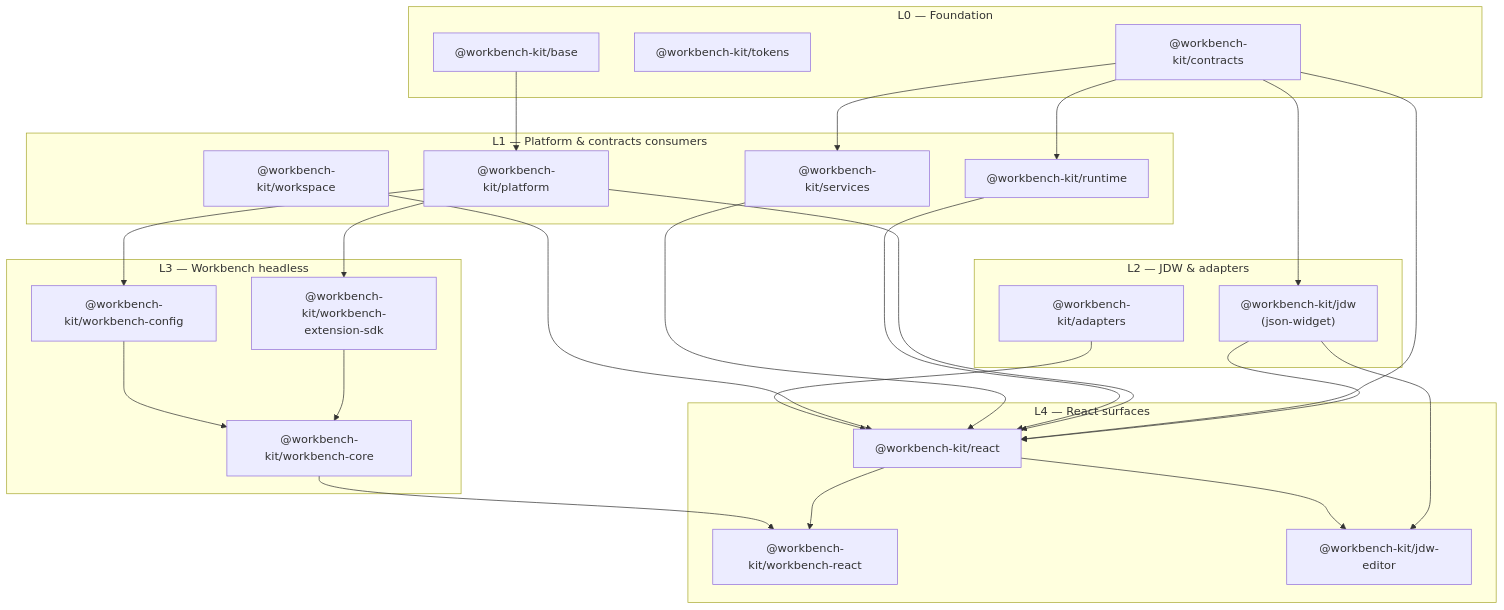
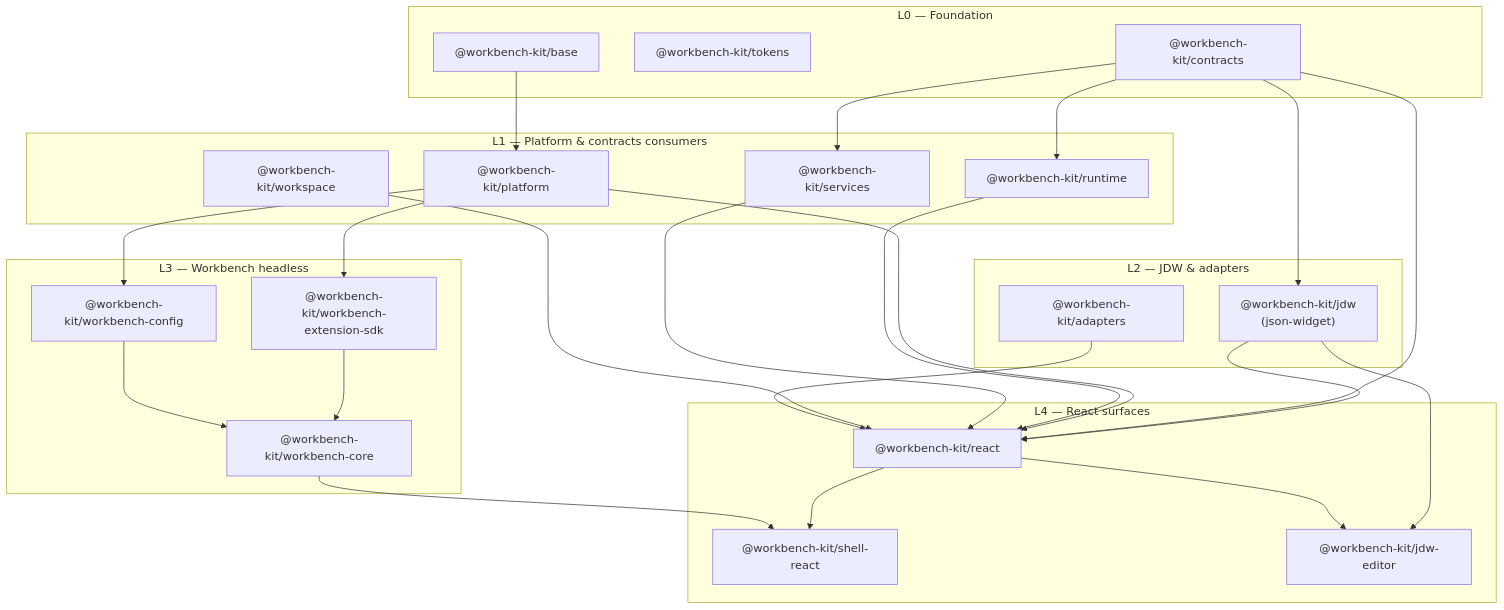
Before and after one commit to NewChoBo/workbench-kit: the first of 3 diagrams in docs/workbench/structural-review.md, drawn with Mermaid. The commit also changed other lines of this file and 142 other files, not shown here.

Commit message:
refactor(workbench): align shell package and shared ui primitives

````diff
--- a/docs/workbench/structural-review.md
+++ b/docs/workbench/structural-review.md
@@ -35,52 +35,52 @@
 ```mermaid
 flowchart TB
   subgraph L0["L0 — Foundation"]
     BASE["@workbench-kit/base"]
     TOKENS["@workbench-kit/tokens"]
     CONTRACTS["@workbench-kit/contracts"]
   end
 
   subgraph L1["L1 — Platform & contracts consumers"]
     PLATFORM["@workbench-kit/platform"]
     RUNTIME["@workbench-kit/runtime"]
     SERVICES["@workbench-kit/services"]
     WORKSPACE["@workbench-kit/workspace"]
   end
 
   subgraph L2["L2 — JDW & adapters"]
     JDW["@workbench-kit/jdw<br/>(json-widget)"]
     ADAPTERS["@workbench-kit/adapters"]
   end
 
   subgraph L3["L3 — Workbench headless"]
     SDK["@workbench-kit/workbench-extension-sdk"]
     CONFIG["@workbench-kit/workbench-config"]
     CORE["@workbench-kit/workbench-core"]
   end
 
   subgraph L4["L4 — React surfaces"]
     REACT["@workbench-kit/react"]
-    WB_REACT["@workbench-kit/workbench-react"]
+    WB_REACT["@workbench-kit/shell-react"]
     JDW_EDITOR["@workbench-kit/jdw-editor"]
   end
 
   BASE --> PLATFORM
   PLATFORM --> SDK
   PLATFORM --> CONFIG
   CONTRACTS --> JDW
   CONTRACTS --> RUNTIME
   CONTRACTS --> SERVICES
   SDK --> CORE
   CONFIG --> CORE
   JDW --> REACT
   CONTRACTS --> REACT
   PLATFORM --> REACT
   RUNTIME --> REACT
   SERVICES --> REACT
   WORKSPACE --> REACT
   ADAPTERS --> REACT
   REACT --> WB_REACT
   CORE --> WB_REACT
   JDW --> JDW_EDITOR
   REACT --> JDW_EDITOR
 ```
````
